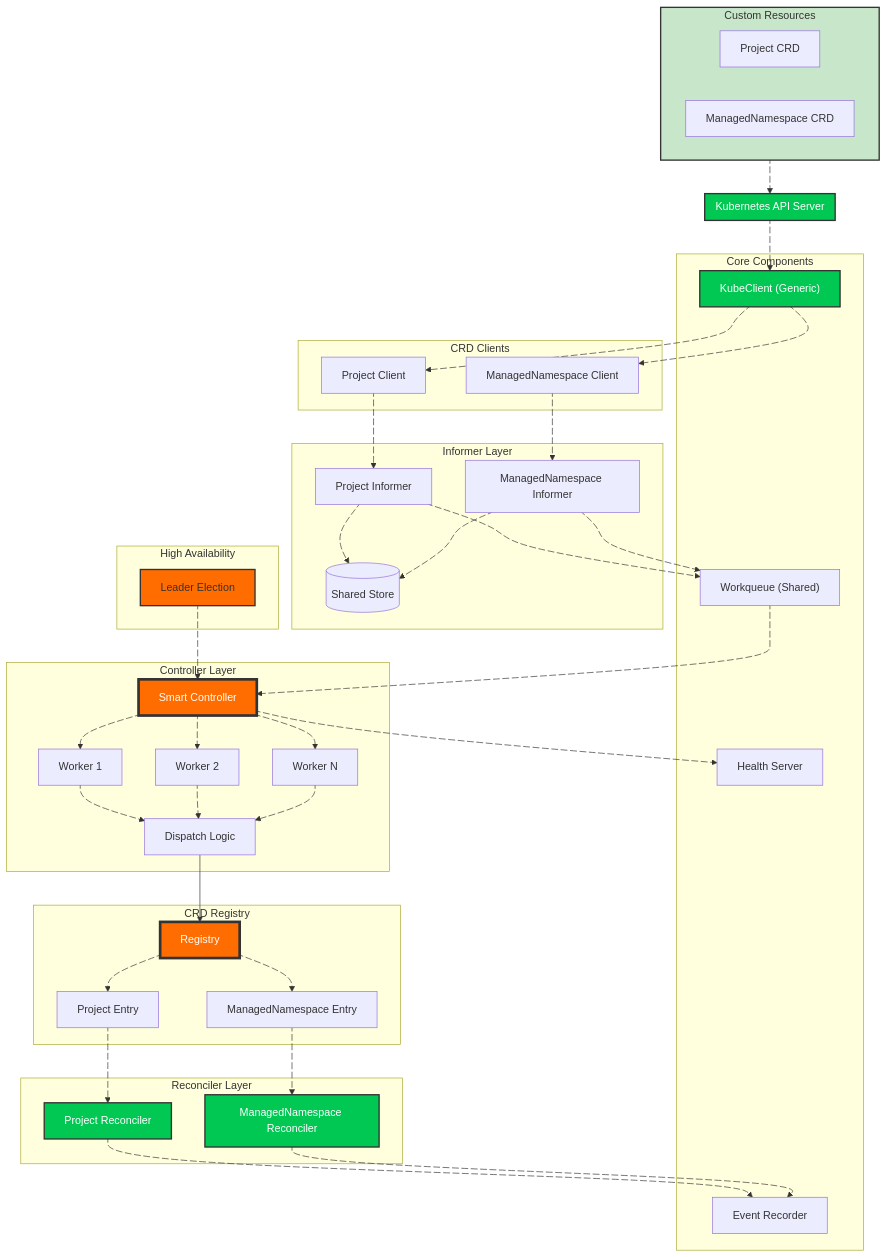
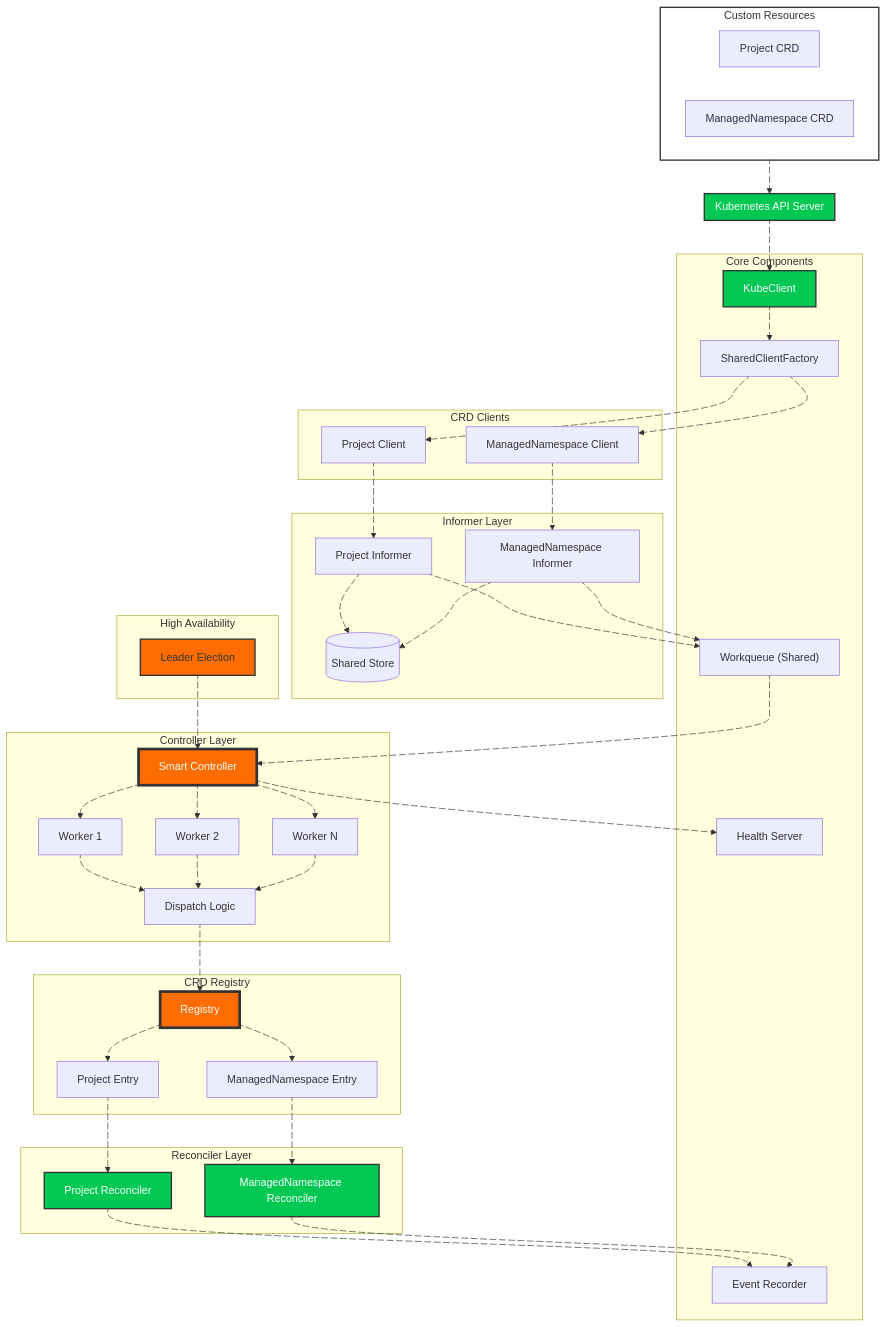
The diagram in README.md (iAlexeze/kubernetes-crd-example), drawn with Mermaid before and after one commit. The commit also changed other lines of this file and 23 other files, not shown here.

```diff
--- a/README.md
+++ b/README.md
@@ -28,7 +28,8 @@
  subgraph API["Kubernetes API Server"]
   end
  subgraph Core["Core Components"]
-        KC["KubeClient (Generic)"]
+        KC["KubeClient"]
+        FC["SharedClientFactory"]
         EV["Event Recorder"]
         HS["Health Server"]
         WQ["Workqueue (Shared)"]
@@ -63,7 +64,8 @@
   end
     CRDs L_CRDs_API_0@--> API
     API L_API_KC_0@--> KC
-    KC L_KC_PC_0@--> PC & MC
+    KC L_KC_PC_0@--> FC
+    FC L_FC_PC_0@--> PC & MC
     PC L_PC_PI_0@--> PI
     MC L_MC_MI_0@--> MI
     PI L_PI_STORE_0@--> STORE & WQ
@@ -73,7 +75,7 @@
     W1 L_W1_DISPATCH_0@--> DISPATCH
     W2 L_W2_DISPATCH_0@--> DISPATCH
     W3 L_W3_DISPATCH_0@--> DISPATCH
-    DISPATCH --> REG
+    DISPATCH L_DISPATCH_REG_0@--> REG
     REG L_REG_R1_0@--> R1 & R2
     R1 L_R1_PR_0@--> PR
     R2 L_R2_MR_0@--> MR
@@ -87,13 +89,14 @@
     style LE fill:#FF6D00,stroke:#333,stroke-width:2px,color:none
     style PR fill:#00C853,stroke:#333,stroke-width:2px,color:#FFFFFF
     style MR fill:#00C853,stroke:#333,stroke-width:2px,color:#FFFFFF
-    style CRDs fill:#C8E6C9,stroke:#333,stroke-width:2px
+    style CRDs fill:transparent,stroke:#333,stroke-width:2px
     style API fill:#00C853,stroke:#333,stroke-width:2px,color:#FFFFFF
 
     L_CRDs_API_0@{ animation: fast } 
     L_API_KC_0@{ animation: fast } 
     L_KC_PC_0@{ animation: fast } 
-    L_KC_MC_0@{ animation: fast } 
+    L_FC_PC_0@{ animation: fast } 
+    L_FC_MC_0@{ animation: fast } 
     L_PC_PI_0@{ animation: fast } 
     L_MC_MI_0@{ animation: fast } 
     L_PI_STORE_0@{ animation: fast } 
@@ -108,6 +111,7 @@
     L_W1_DISPATCH_0@{ animation: fast } 
     L_W2_DISPATCH_0@{ animation: fast } 
     L_W3_DISPATCH_0@{ animation: fast } 
+    L_DISPATCH_REG_0@{ animation: fast } 
     L_REG_R1_0@{ animation: fast } 
     L_REG_R2_0@{ animation: fast } 
     L_R1_PR_0@{ animation: fast } 
```
